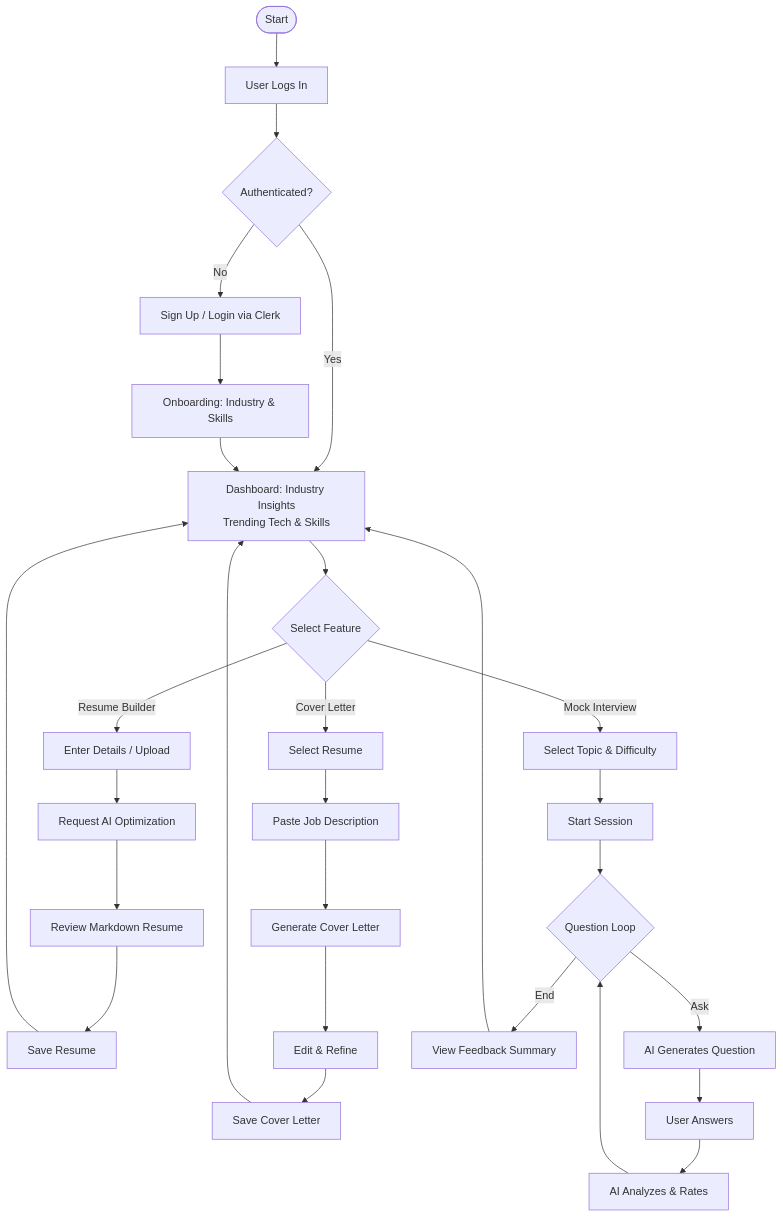
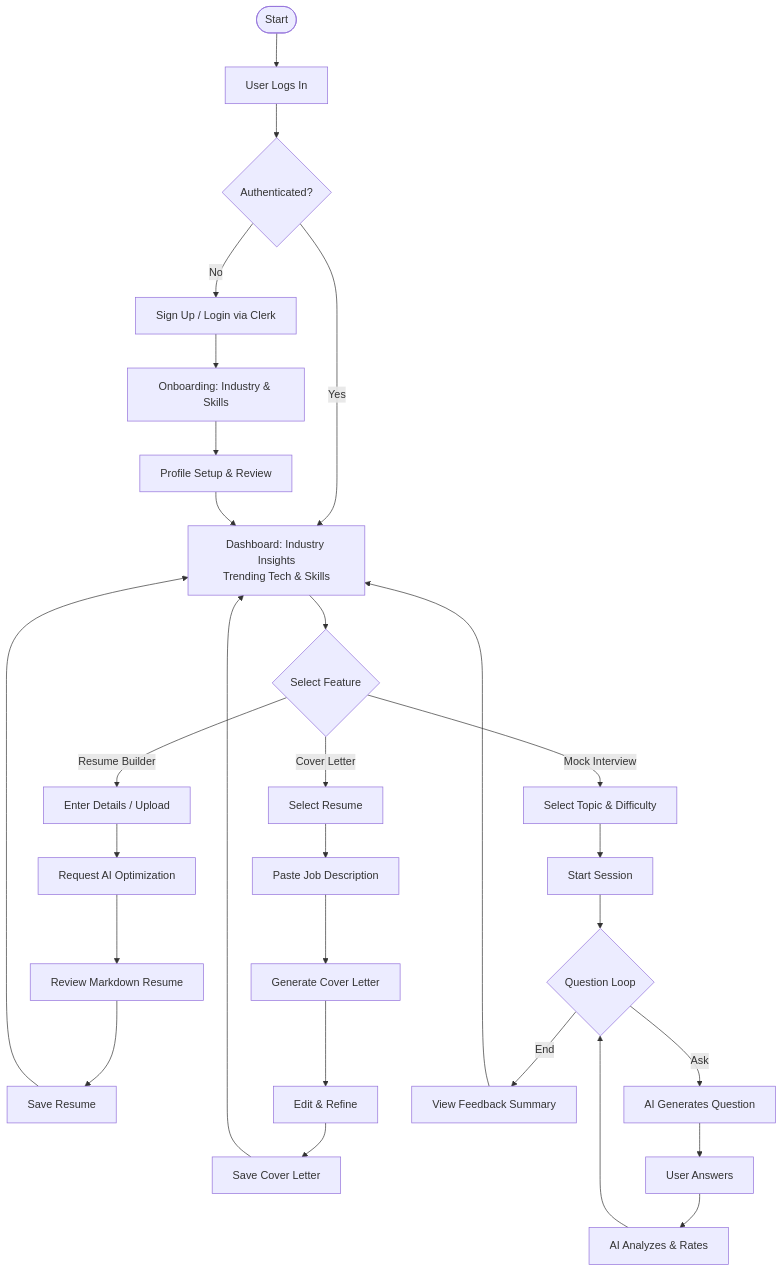
One commit to MohammedFawzaan/AI-Career-Pilot changed the second of 6 diagrams in docs/UML_Diagrams.md. Above: the diagram before and after it, drawn with Mermaid. The commit also changed other lines of this file and 10 other files, not shown here.

````diff
--- a/docs/UML_Diagrams.md
+++ b/docs/UML_Diagrams.md
@@ -39,38 +39,39 @@
 ```mermaid
 flowchart TD
     start([Start]) --> Login[User Logs In]
     Login --> Auth{Authenticated?}
     Auth -- No --> SignUp[Sign Up / Login via Clerk]
     SignUp --> Onboard[Onboarding: Industry & Skills]
+    Onboard --> ProfileSetup[Profile Setup & Review]
     Auth -- Yes --> Dash[Dashboard: Industry Insights<br/>Trending Tech & Skills]
-    Onboard --> Dash
+    ProfileSetup --> Dash
     
     Dash --> Choice{Select Feature}
     
     %% Resume Path
     Choice -- Resume Builder --> ResForm[Enter Details / Upload]
     ResForm --> ResAI[Request AI Optimization]
     ResAI --> CheckRes[Review Markdown Resume]
     CheckRes --> SaveRes[Save Resume]
     
     %% Cover Letter Path
     Choice -- Cover Letter --> SelRes[Select Resume]
     SelRes --> PasteJD[Paste Job Description]
     PasteJD --> GenCL[Generate Cover Letter]
     GenCL --> EditCL[Edit & Refine]
     EditCL --> SaveCL[Save Cover Letter]
     
     %% Interview Path
     Choice -- Mock Interview --> ConfigInt[Select Topic & Difficulty]
     ConfigInt --> StartInt[Start Session]
     StartInt --> QLoop{Question Loop}
     QLoop -- Ask --> GenQ[AI Generates Question]
     GenQ --> UserAns[User Answers]
     UserAns --> Analy[AI Analyzes & Rates]
     Analy --> QLoop
     QLoop -- End --> Summ[View Feedback Summary]
     
     SaveRes --> Dash
     SaveCL --> Dash
     Summ --> Dash
 ```
````
